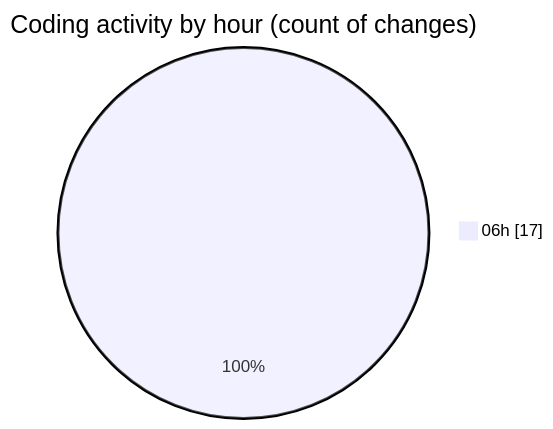
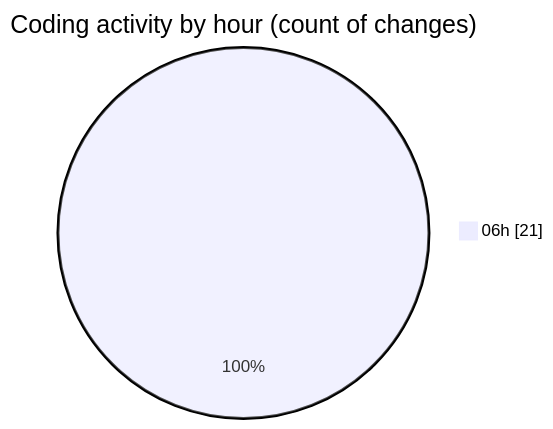
One commit to charlie-sans/code-tracking changed the second of 2 diagrams in 2025-02-21/micros/README.md. Above: the diagram before and after it, drawn with Mermaid. The commit also changed other lines of this file and 1 other file, not shown here.

````diff
--- a/2025-02-21/micros/README.md
+++ b/2025-02-21/micros/README.md
@@ -44,5 +45,5 @@
 ```mermaid
 pie showData
 title Coding activity by hour (count of changes)
-"06h" : 17
+"06h" : 21
 ```
````
